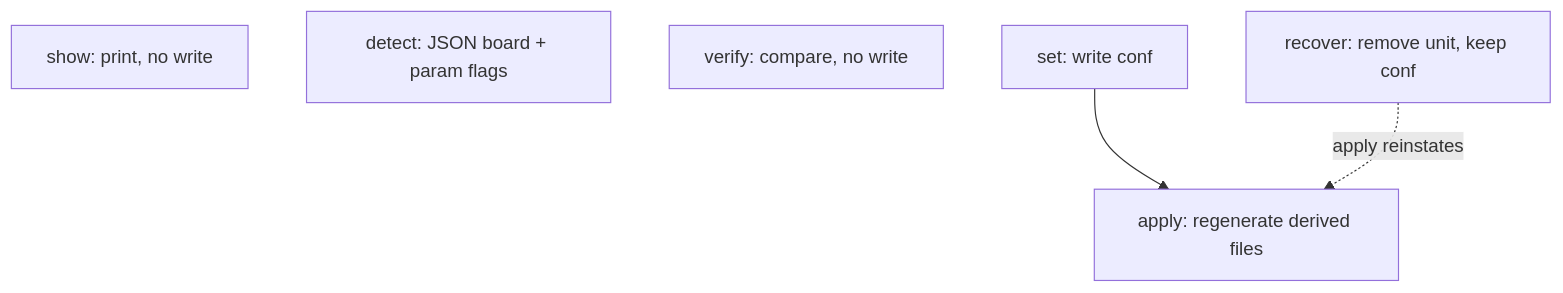
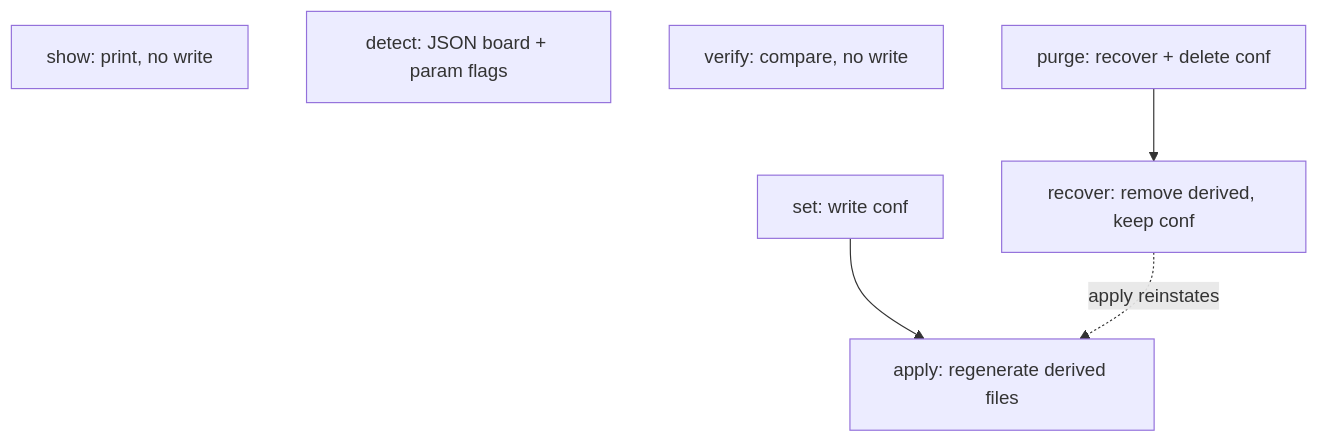
One commit to foonerd/rpi-waveshare28 changed the second of 5 diagrams in docs/CONFIG.md. Above: the diagram before and after it, drawn with Mermaid. The commit also changed other lines of this file and 7 other files, not shown here.

````diff
--- a/docs/CONFIG.md
+++ b/docs/CONFIG.md
@@ -64,11 +65,13 @@
 ```mermaid
 flowchart TD
   show["show: print, no write"]
   detect["detect: JSON board + param flags"]
   verify["verify: compare, no write"]
   set["set: write conf"]
   apply["apply: regenerate derived files"]
-  recover["recover: remove unit, keep conf"]
+  recover["recover: remove derived, keep conf"]
+  purge["purge: recover + delete conf"]
   set --> apply
   recover -.->|"apply reinstates"| apply
+  purge --> recover
 ```
````
